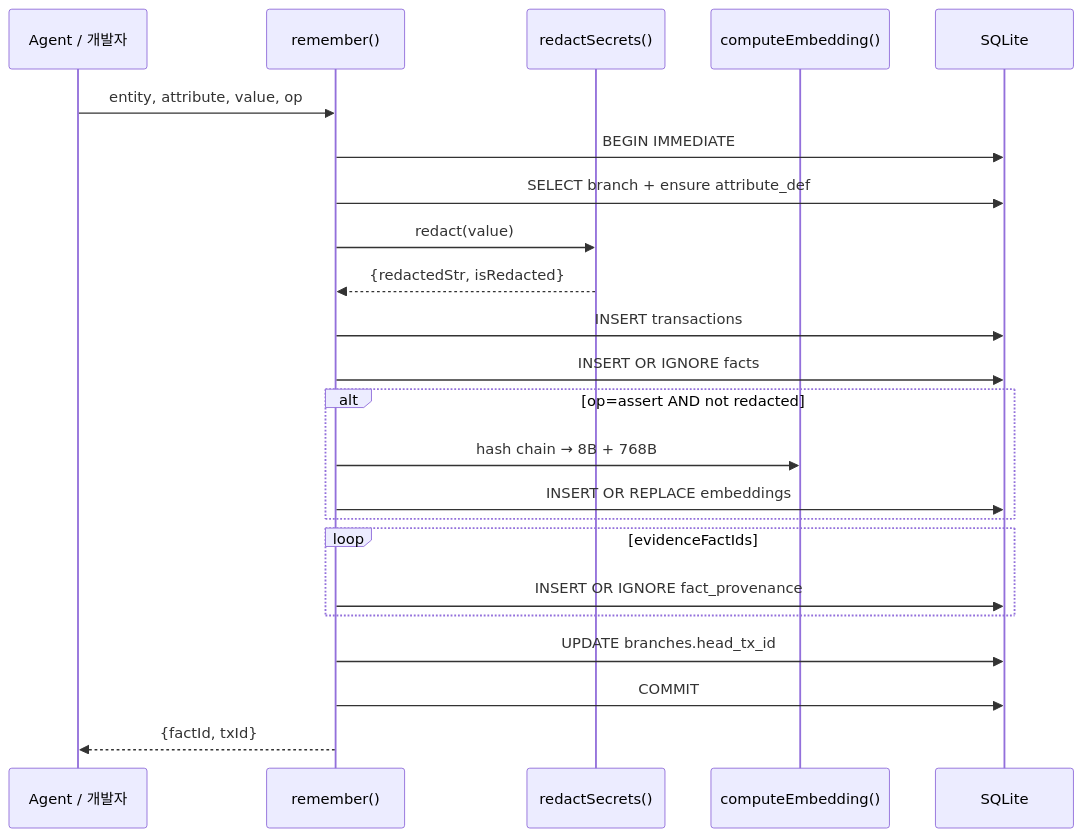
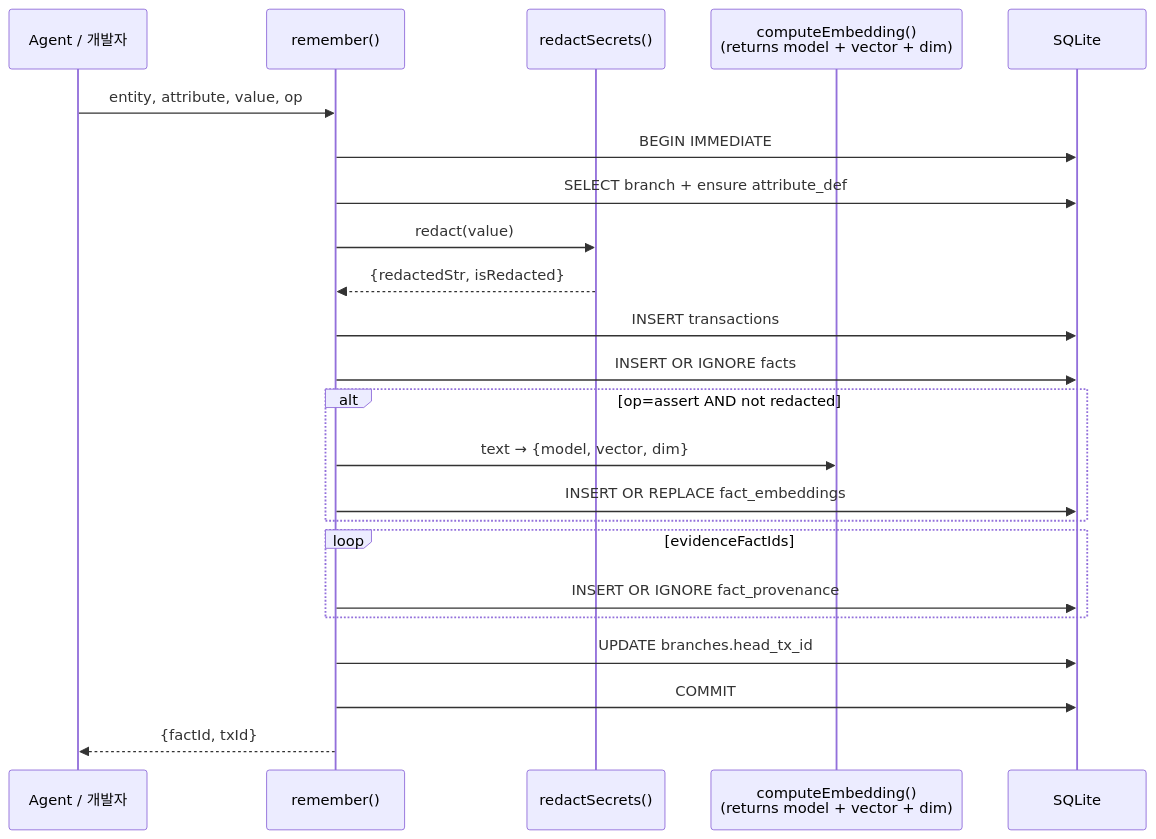
Before and after one commit to YouSangSon/Parallax: the third of 5 diagrams in docs/agent-memory-cookbook.ko.md, drawn with Mermaid. The commit also changed other lines of this file and 7 other files, not shown here.

First line of the commit message:
feat: schema v6 model-agnostic fact_embeddings table

````diff
--- a/docs/agent-memory-cookbook.ko.md
+++ b/docs/agent-memory-cookbook.ko.md
@@ -417,26 +419,26 @@
 ```mermaid
 sequenceDiagram
   participant A as Agent / 개발자
   participant API as remember()
   participant Sec as redactSecrets()
-  participant Emb as computeEmbedding()
+  participant Emb as computeEmbedding()<br/>(returns model + vector + dim)
   participant DB as SQLite
 
   A->>API: entity, attribute, value, op
   API->>DB: BEGIN IMMEDIATE
   API->>DB: SELECT branch + ensure attribute_def
   API->>Sec: redact(value)
   Sec-->>API: {redactedStr, isRedacted}
   API->>DB: INSERT transactions
   API->>DB: INSERT OR IGNORE facts
   alt op=assert AND not redacted
-    API->>Emb: hash chain → 8B + 768B
-    API->>DB: INSERT OR REPLACE embeddings
+    API->>Emb: text → {model, vector, dim}
+    API->>DB: INSERT OR REPLACE fact_embeddings
   end
   loop evidenceFactIds
     API->>DB: INSERT OR IGNORE fact_provenance
   end
   API->>DB: UPDATE branches.head_tx_id
   API->>DB: COMMIT
   API-->>A: {factId, txId}
 ```
````
